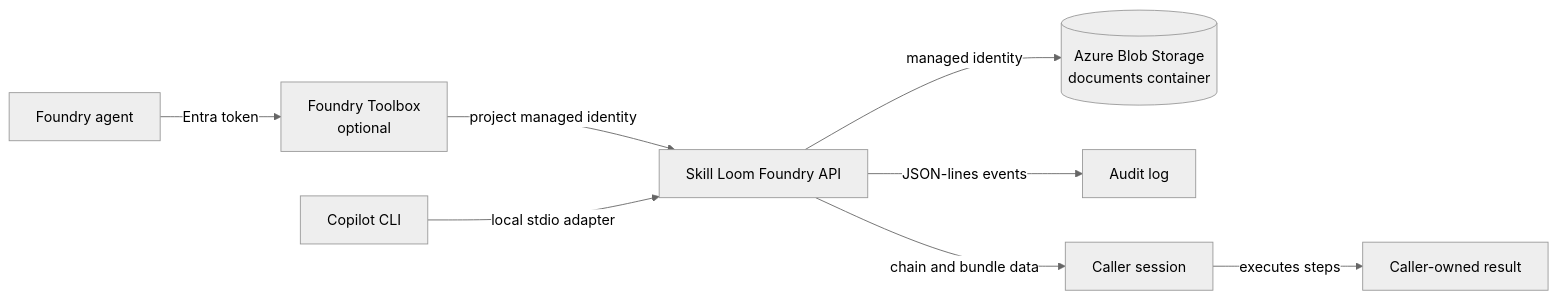
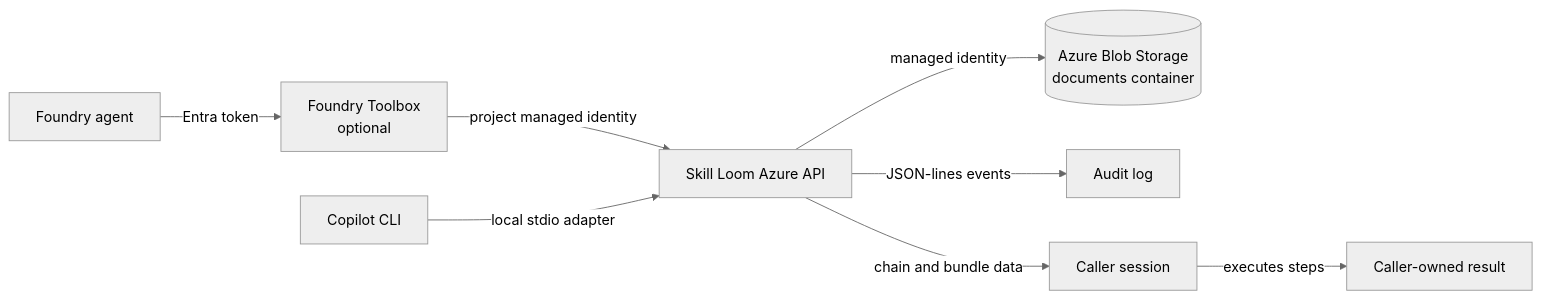
Before and after one commit to McFuzzySquirrel/skill-loom-azure: the diagram in README.md, drawn with Mermaid (neutral theme). The commit also changed other lines of this file and 13 other files, not shown here.

First line of the commit message:
Rename project display text to Skill Loom Azure

````diff
--- a/README.md
+++ b/README.md
@@ -93,10 +93,10 @@
 ```mermaid
 flowchart LR
   Foundry[Foundry agent] -->|Entra token| Toolbox[Foundry Toolbox<br/>optional]
-  Toolbox -->|project managed identity| API[Skill Loom Foundry API]
+  Toolbox -->|project managed identity| API[Skill Loom Azure API]
   Copilot[Copilot CLI] -->|local stdio adapter| API
   API -->|managed identity| Blob[(Azure Blob Storage<br/>documents container)]
   API -->|JSON-lines events| Audit[Audit log]
   API -->|chain and bundle data| Session[Caller session]
   Session -->|executes steps| Result[Caller-owned result]
 ```
````
